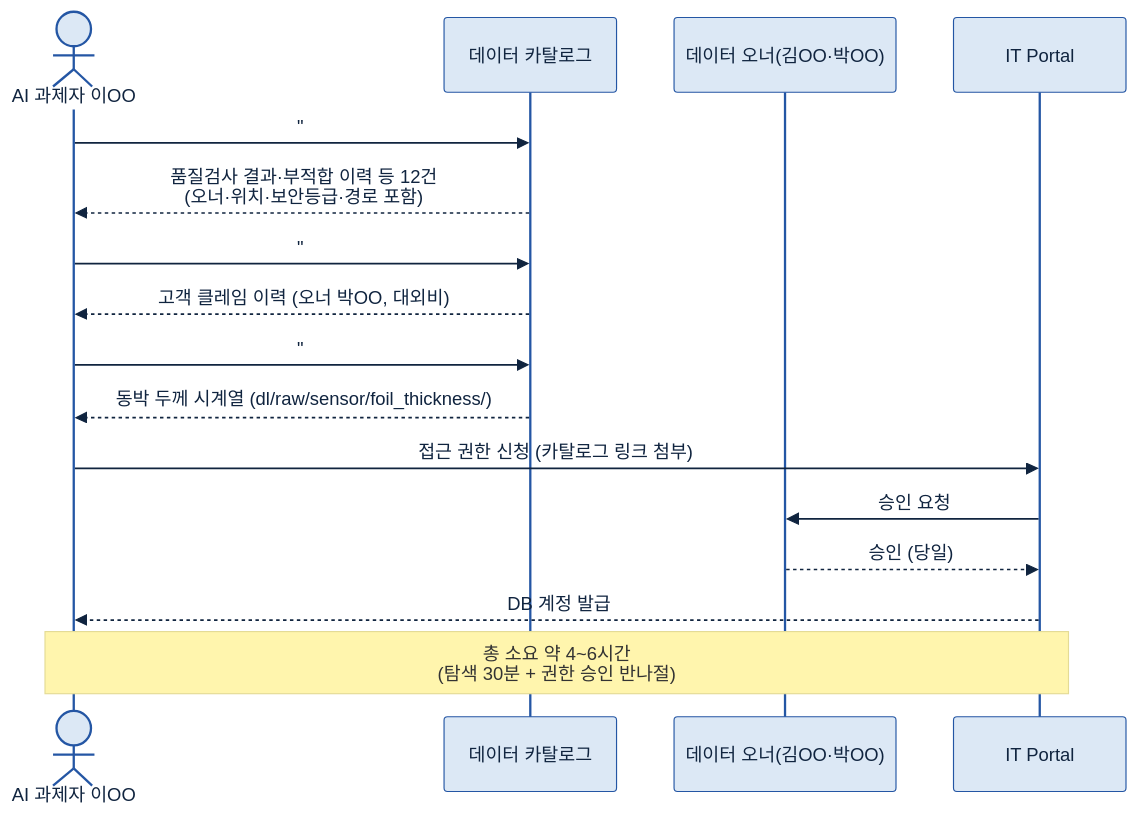
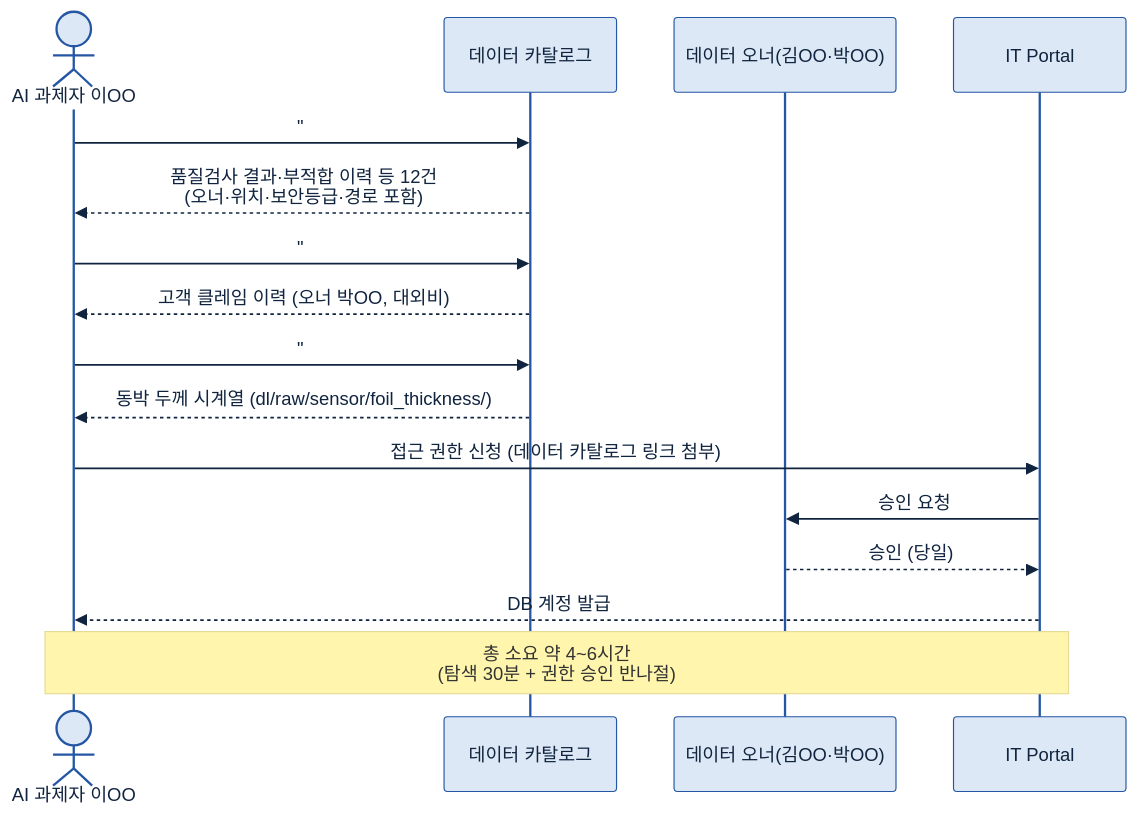
One commit to jin-kearney/ai-ready-data-manual changed the fifth of 10 diagrams in 가이드 작성/A-1 데이터 카탈로그/A-1 데이터 카탈로그_0623 수정.md. Above: the diagram before and after it, drawn with Mermaid. The commit also changed other lines of this file, not shown here.

Commit message:
Update A-1 데이터 카탈로그_0623 수정.md

````diff
--- a/가이드 작성/A-1 데이터 카탈로그/A-1 데이터 카탈로그_0623 수정.md
+++ b/가이드 작성/A-1 데이터 카탈로그/A-1 데이터 카탈로그_0623 수정.md
@@ -545,19 +545,19 @@
 ```mermaid
 %%{init: {'theme':'base','themeVariables':{'primaryColor':'#DCE8F5','primaryBorderColor':'#2456A4','primaryTextColor':'#10243f','lineColor':'#2456A4','fontSize':'13px'}}}%%
 sequenceDiagram
     actor USER as AI 과제자 이OO
     participant CAT as 데이터 카탈로그
     participant OWN as 데이터 오너(김OO·박OO)
     participant IT as IT Portal
     USER->>CAT: "#품질 #검사 #결함" 검색
     CAT-->>USER: 품질검사 결과·부적합 이력 등 12건<br/>(오너·위치·보안등급·경로 포함)
     USER->>CAT: "#클레임" 검색
     CAT-->>USER: 고객 클레임 이력 (오너 박OO, 대외비)
     USER->>CAT: "#동박 #두께 #센서" 검색
     CAT-->>USER: 동박 두께 시계열 (dl/raw/sensor/foil_thickness/)
-    USER->>IT: 접근 권한 신청 (카탈로그 링크 첨부)
+    USER->>IT: 접근 권한 신청 (데이터 카탈로그 링크 첨부)
     IT->>OWN: 승인 요청
     OWN-->>IT: 승인 (당일)
     IT-->>USER: DB 계정 발급
     Note over USER,IT: 총 소요 약 4~6시간<br/>(탐색 30분 + 권한 승인 반나절)
 ```
````
